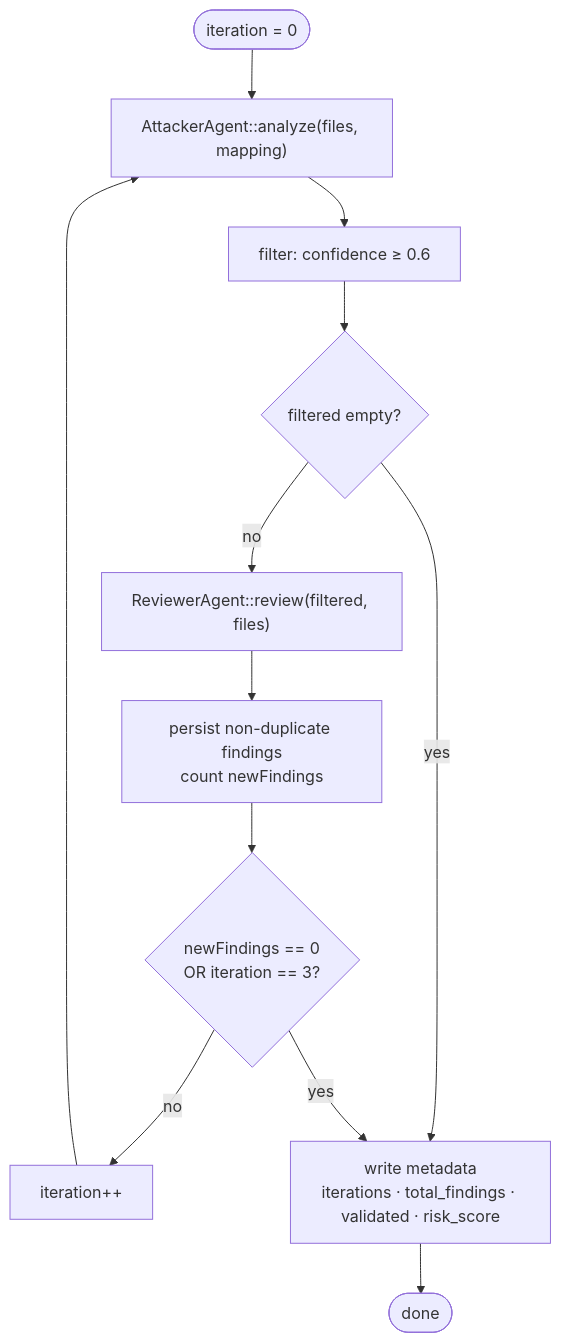
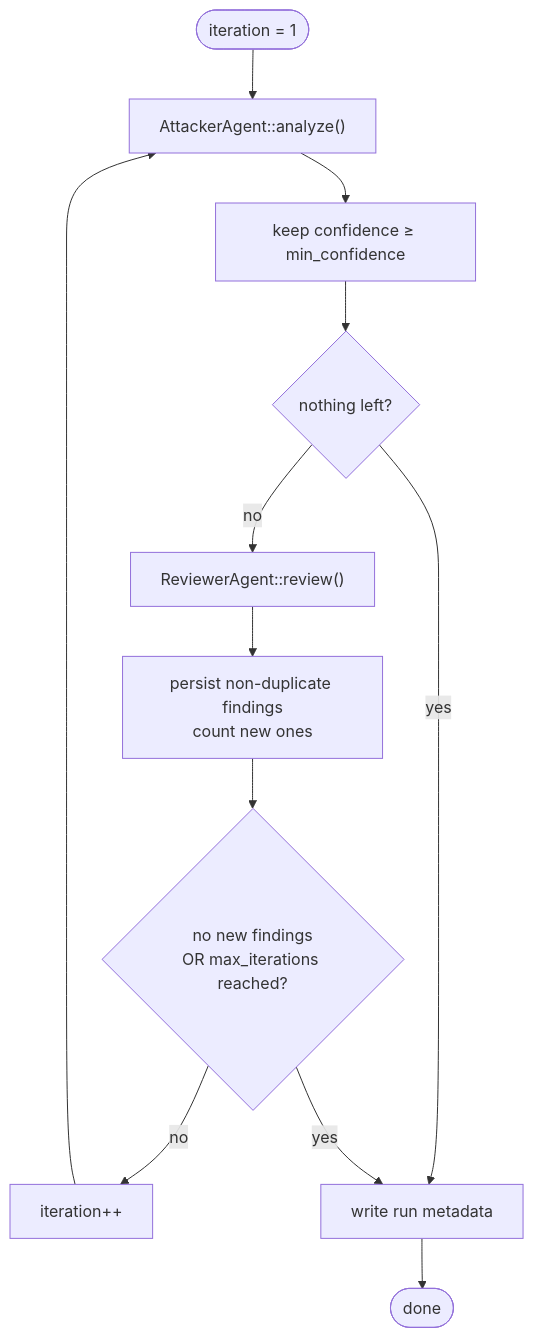
The third of 3 diagrams in docs/architecture.md (vinceAmstoutz/symfony-security-auditor), drawn with Mermaid before and after one commit. The commit also changed other lines of this file and 8 other files, not shown here.

````diff
--- a/docs/architecture.md
+++ b/docs/architecture.md
@@ -338,20 +260,20 @@
 ```mermaid
 flowchart TD
-    START(["iteration = 0"])
-    ATK["AttackerAgent::analyze(files, mapping)"]
-    FILT["filter: confidence ≥ 0.6"]
-    EMPTY{"filtered empty?"}
-    REV["ReviewerAgent::review(filtered, files)"]
-    PERSIST["persist non-duplicate findings\ncount newFindings"]
-    STOP{"newFindings == 0\nOR iteration == 3?"}
+    START(["iteration = 1"])
+    ATK["AttackerAgent::analyze()"]
+    FILT["keep confidence ≥ min_confidence"]
+    EMPTY{"nothing left?"}
+    REV["ReviewerAgent::review()"]
+    PERSIST["persist non-duplicate findings\ncount new ones"]
+    STOP{"no new findings\nOR max_iterations reached?"}
     INC["iteration++"]
-    META["write metadata\niterations · total_findings · validated · risk_score"]
+    META["write run metadata"]
     END(["done"])
 
     START --> ATK --> FILT --> EMPTY
     EMPTY -- yes --> META
     EMPTY -- no --> REV --> PERSIST --> STOP
     STOP -- no --> INC --> ATK
     STOP -- yes --> META
     META --> END
 ```
````
